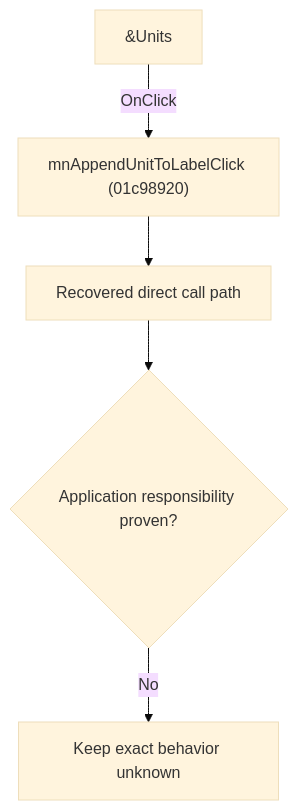
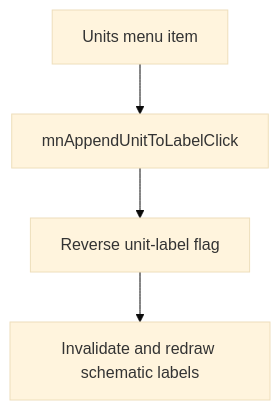
The diagram in docs/ui-controls/schematiceditor/mnappendunittolabel-373c58f1ed.md (MovGP0/TIARA), drawn with Mermaid (base theme) before and after one commit. The commit also changed other lines of this file and 241 other files, not shown here.

````diff
--- a/docs/ui-controls/schematiceditor/mnappendunittolabel-373c58f1ed.md
+++ b/docs/ui-controls/schematiceditor/mnappendunittolabel-373c58f1ed.md
@@ -27,7 +20,6 @@
 ```mermaid
 flowchart TD
-    control["&Units"] -->|"OnClick"| handler["mnAppendUnitToLabelClick (01c98920)"]
-    handler --> recovered["Recovered direct call path"]
-    recovered --> gap{"Application responsibility proven?"}
-    gap -->|"No"| blocked["Keep exact behavior unknown"]
+    control["Units menu item"] --> handler["mnAppendUnitToLabelClick"]
+    handler --> toggle["Reverse unit-label flag"]
+    toggle --> repaint["Invalidate and redraw schematic labels"]
 ```
````
